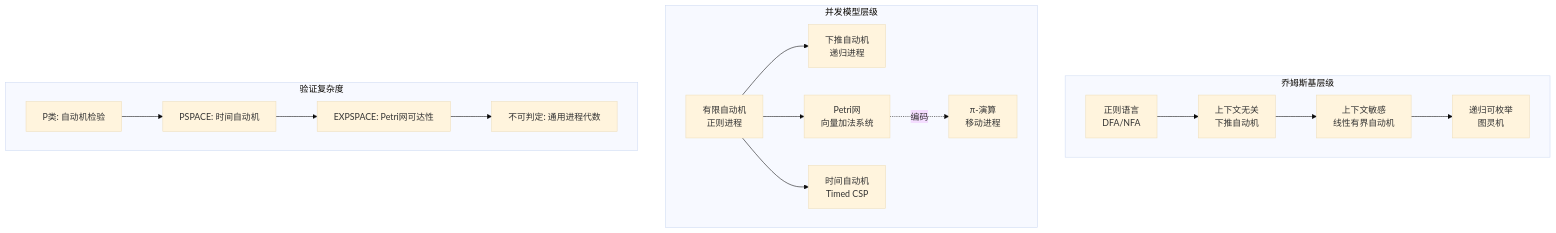
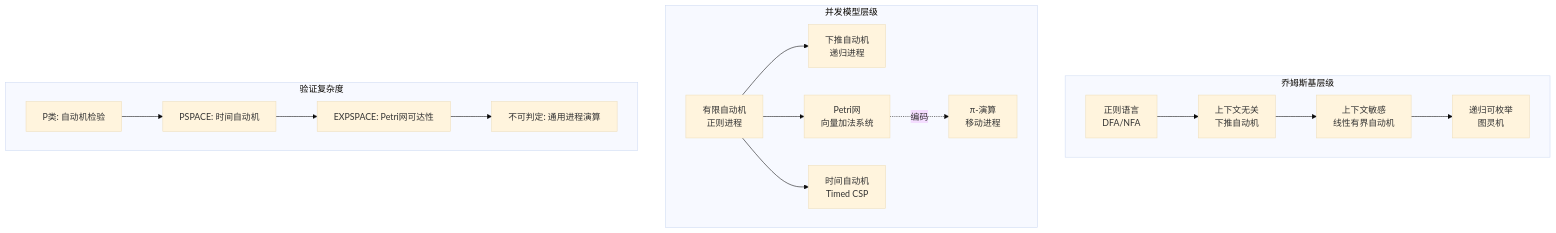
One commit to AdaMartin18010/AnalysisDataFlow changed the second of 6 diagrams in formal-methods/COMPARISON-MODELS.md. Above: the diagram before and after it, drawn with Mermaid (base theme). The commit also changed other lines of this file and 129 other files, not shown here.

````diff
--- a/formal-methods/COMPARISON-MODELS.md
+++ b/formal-methods/COMPARISON-MODELS.md
@@ -270,32 +270,32 @@
 ```mermaid
 graph TB
     subgraph "乔姆斯基层级"
     REG[正则语言<br/>DFA/NFA]
     CFL[上下文无关<br/>下推自动机]
     CSL[上下文敏感<br/>线性有界自动机]
     REL[递归可枚举<br/>图灵机]
     end
 
     subgraph "并发模型层级"
     FA[有限自动机<br/>正则进程]
     PA[下推自动机<br/>递归进程]
     PN[Petri网<br/>向量加法系统]
     TA[时间自动机<br/>Timed CSP]
     PI[π-演算<br/>移动进程]
     end
 
     subgraph "验证复杂度"
     P[P类: 自动机检验]
     PSPACE[PSPACE: 时间自动机]
     EXP[EXPSPACE: Petri网可达性]
-    UNDEC[不可判定: 通用进程代数]
+    UNDEC[不可判定: 通用进程演算]
     end
 
     REG --> CFL --> CSL --> REL
     FA --> PA
     FA --> PN
     FA --> TA
     PN -.->|编码| PI
 
     P --> PSPACE --> EXP --> UNDEC
 ```
````
